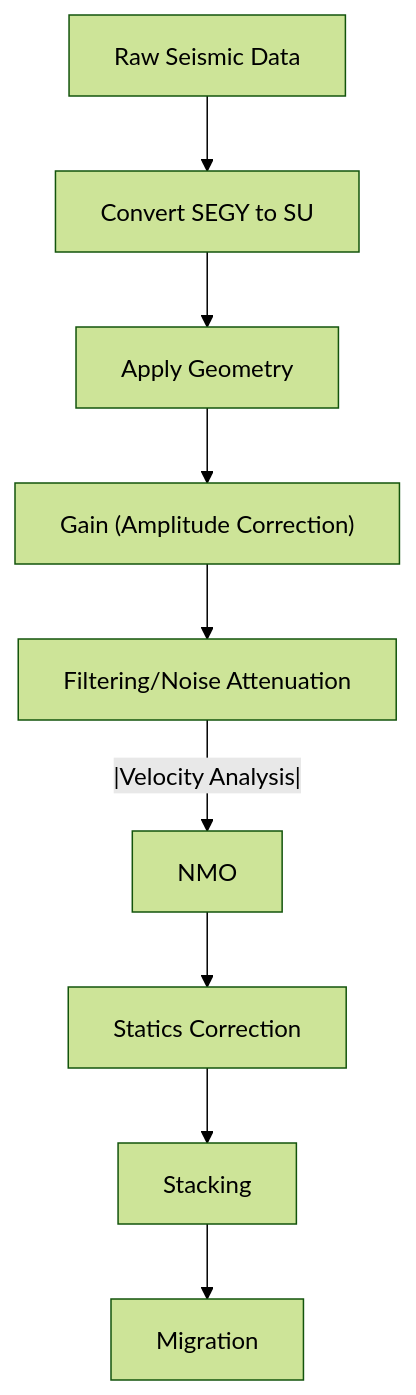
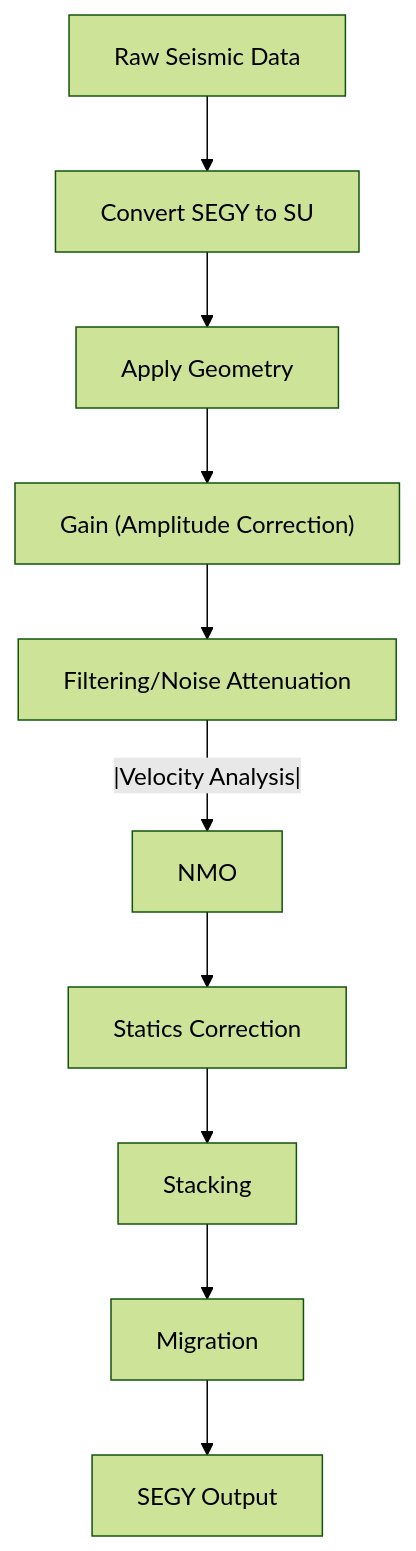
One commit to vandanue/ADG-1 changed the diagram in README.md. Above: the diagram before and after it, drawn with Mermaid (forest theme).

````diff
--- a/README.md
+++ b/README.md
@@ -6,11 +6,12 @@
 ```mermaid
 flowchart TD
     A[Raw Seismic Data] --> B[Convert SEGY to SU]
     B --> C[Apply Geometry]
     C --> D["Gain (Amplitude Correction)"]
     D --> E[Filtering/Noise Attenuation]
     E --|Velocity Analysis|--> F[NMO]
     F --> G[Statics Correction]
     G --> H[Stacking]
     H --> I[Migration]
+    I --> J[SEGY Output]
 ```
````
